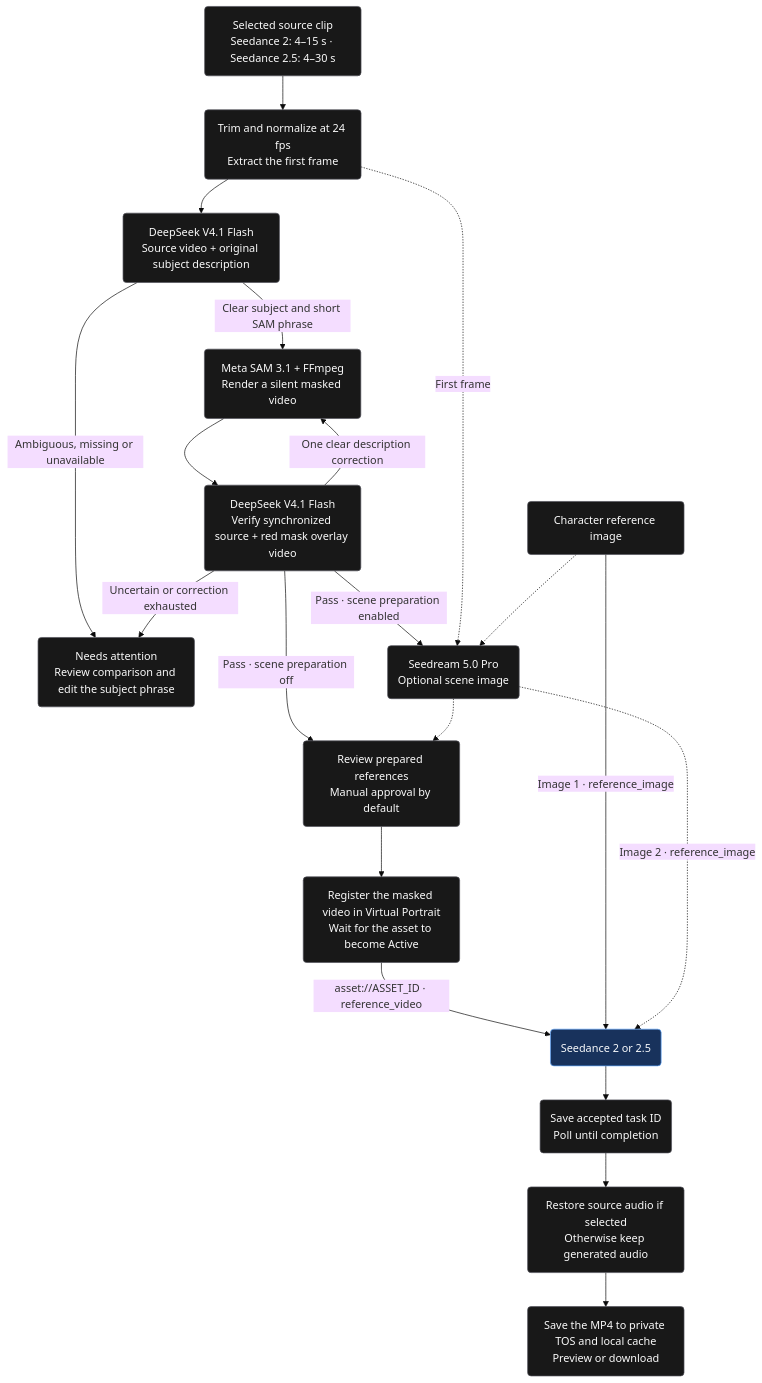
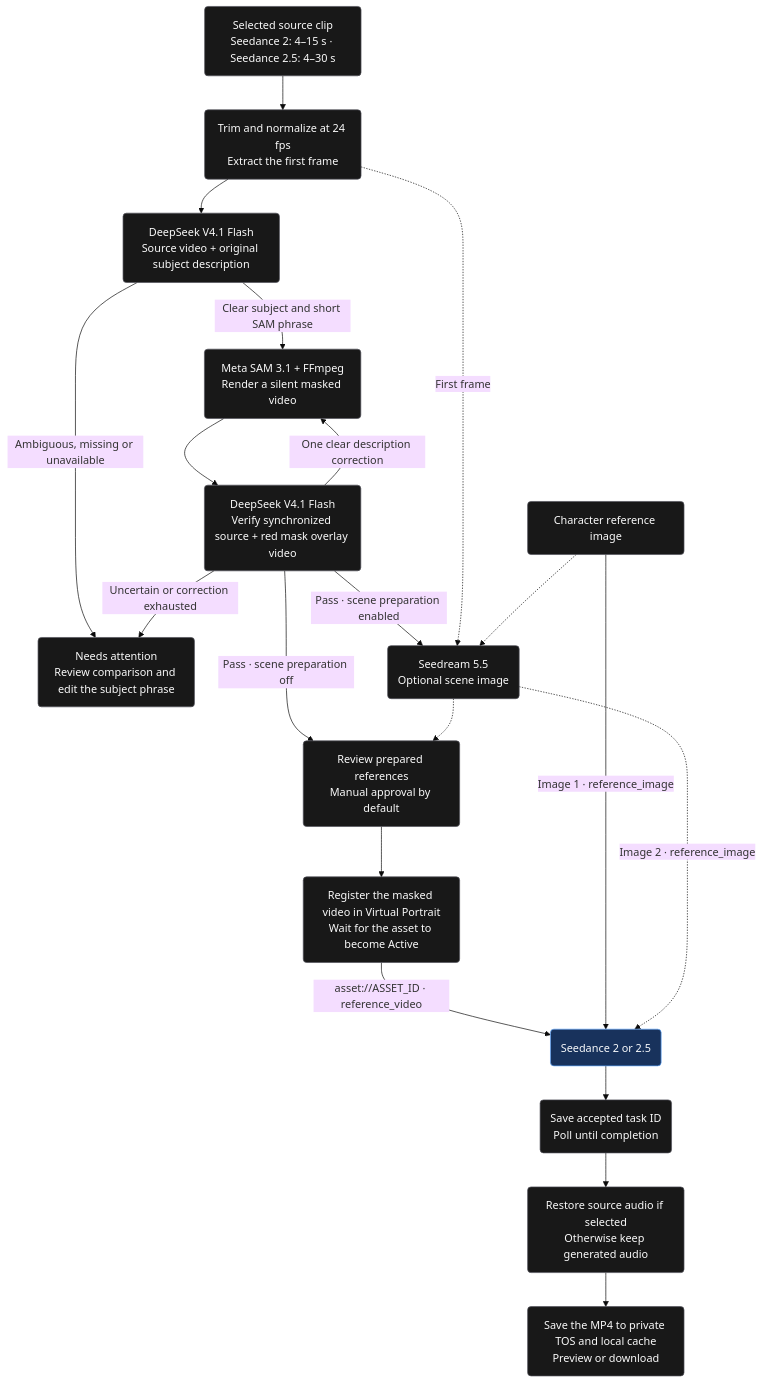
The second of 6 diagrams in README.md (ArthurReimus-ByteDance/seed-genjutsu), drawn with Mermaid (base theme) before and after one commit. The commit also changed other lines of this file and 12 other files, not shown here.

First line of the commit message:
Upgrade scene preparation to Seedream 5.5

````diff
--- a/README.md
+++ b/README.md
@@ -151,39 +151,39 @@
 ```mermaid
 flowchart TD
     Clip("Selected source clip<br/>Seedance 2: 4–15 s · Seedance 2.5: 4–30 s")
     Character("Character reference image")
     Prep("Trim and normalize at 24 fps<br/>Extract the first frame")
     Refine("DeepSeek V4.1 Flash<br/>Source video + original subject description")
     Mask("Meta SAM 3.1 + FFmpeg<br/>Render a silent masked video")
     Verify("DeepSeek V4.1 Flash<br/>Verify synchronized source + red mask overlay video")
     Stop("Needs attention<br/>Review comparison and edit the subject phrase")
-    Scene("Seedream 5.0 Pro<br/>Optional scene image")
+    Scene("Seedream 5.5<br/>Optional scene image")
     Review("Review prepared references<br/>Manual approval by default")
     Portrait("Register the masked video in Virtual Portrait<br/>Wait for the asset to become Active")
     Seedance("Seedance 2 or 2.5")
     Poll("Save accepted task ID<br/>Poll until completion")
     Audio("Restore source audio if selected<br/>Otherwise keep generated audio")
     Result("Save the MP4 to private TOS and local cache<br/>Preview or download")
 
     Clip --> Prep --> Refine
     Refine -->|Clear subject and short SAM phrase| Mask
     Refine -->|Ambiguous, missing or unavailable| Stop
     Mask --> Verify
     Verify -->|Pass · scene preparation off| Review
     Verify -->|Pass · scene preparation enabled| Scene
     Verify -->|One clear description correction| Mask
     Verify -->|Uncertain or correction exhausted| Stop
     Review --> Portrait
     Prep -.->|First frame| Scene
     Character -.-> Scene
     Scene -.-> Review
     Portrait -->|asset://ASSET_ID · reference_video| Seedance
     Character -->|Image 1 · reference_image| Seedance
     Scene -.->|Image 2 · reference_image| Seedance
     Seedance --> Poll --> Audio --> Result
 
     classDef step fill:#181818,stroke:#52525b,color:#fafafa
     classDef generation fill:#18325c,stroke:#60a5fa,color:#f8fafc
     class Clip,Character,Prep,Refine,Mask,Verify,Stop,Scene,Review,Portrait,Poll,Audio,Result step
     class Seedance generation
 ```
````
